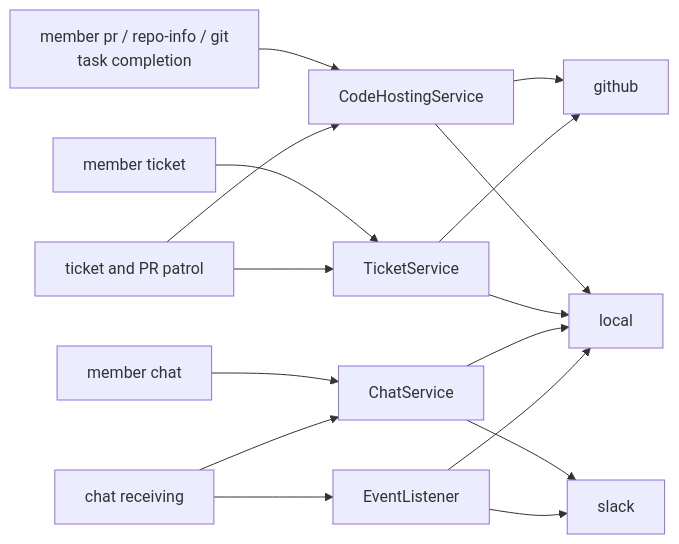
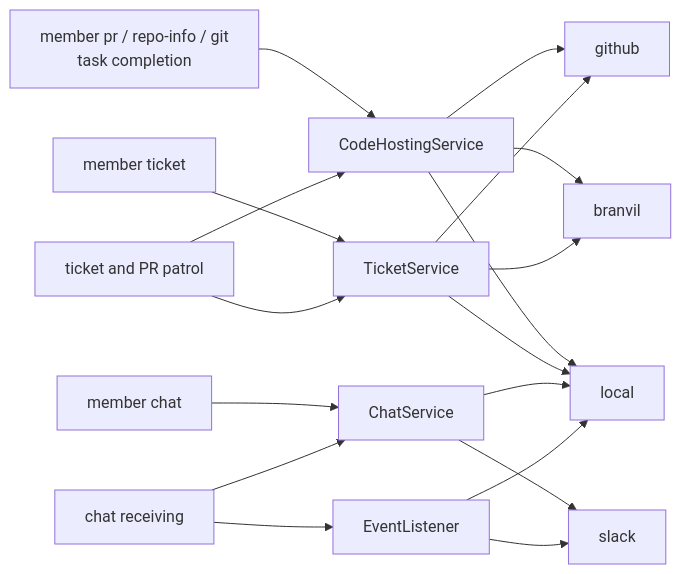
The diagram in docs/ARCHITECTURE.md (GuildBotics/GuildBotics), drawn with Mermaid before and after one commit. The commit also changed other lines of this file and 83 other files, not shown here.

````diff
--- a/docs/ARCHITECTURE.md
+++ b/docs/ARCHITECTURE.md
@@ -215,19 +215,21 @@
 ```mermaid
 flowchart LR
     CodeCLI["member pr / repo-info / git<br/>task completion"] --> Code["CodeHostingService"]
     TicketCLI["member ticket"] --> Tickets["TicketService"]
     Patrol["ticket and PR patrol"] --> Code
     Patrol --> Tickets
     ChatCLI["member chat"] --> Chat["ChatService"]
     Receive["chat receiving"] --> Listener["EventListener"]
     Receive --> Chat
 
     Code --> GitHub["github"]
     Tickets --> GitHub
+    Code --> Branvil["branvil"]
+    Tickets --> Branvil
     Chat --> Slack["slack"]
     Listener --> Slack
     Code --> Local["local"]
     Tickets --> Local
     Chat --> Local
     Listener --> Local
 ```
````
